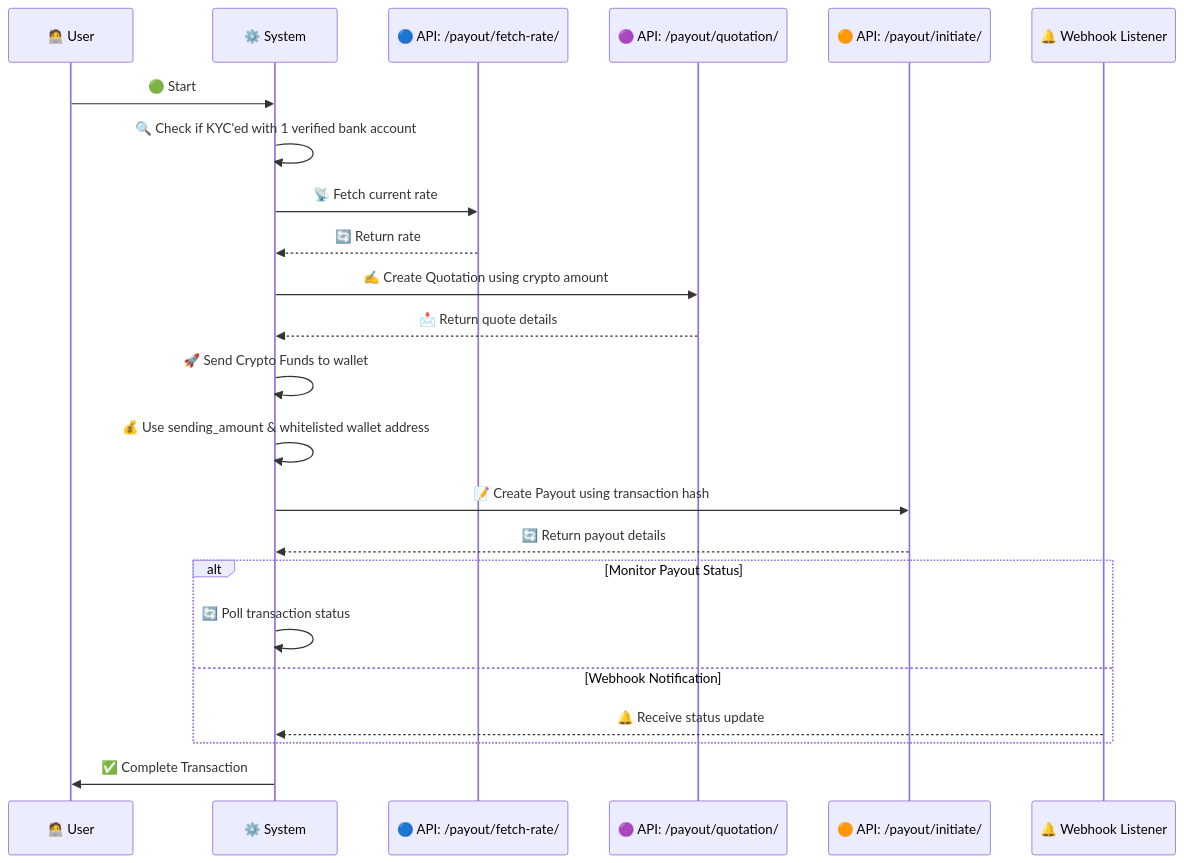
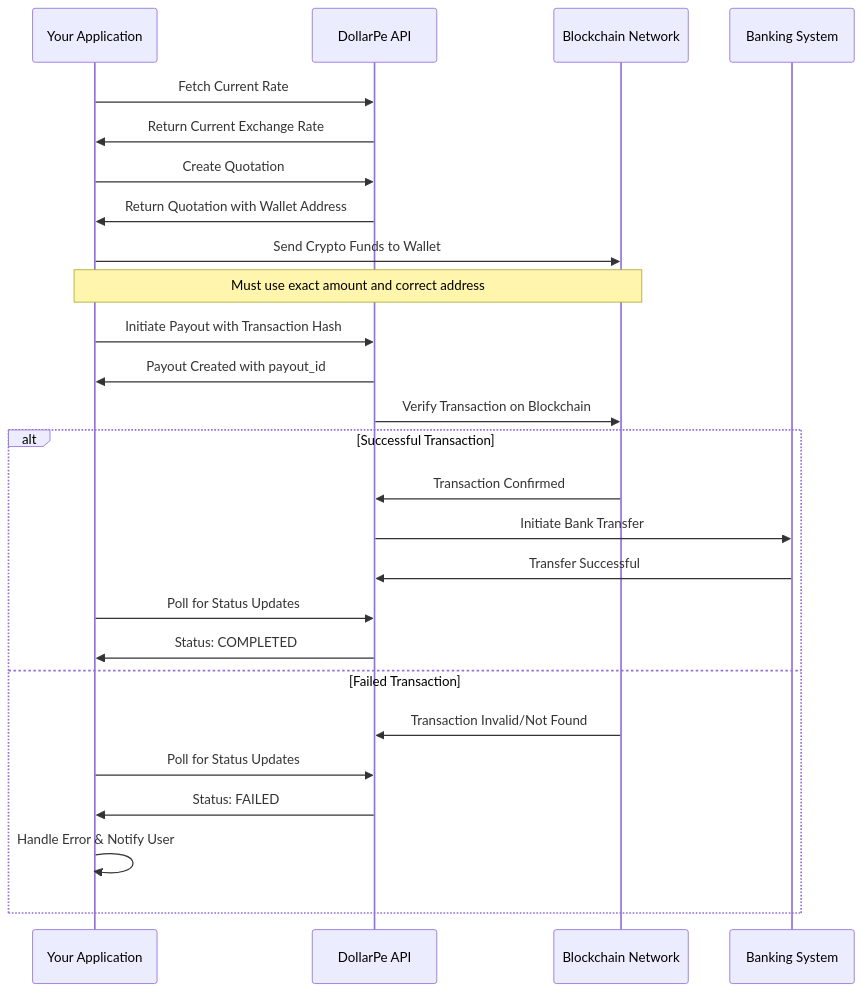
Before and after one commit to DollarPe-Infra/docs: the second of 2 diagrams in guides/payout.mdx, drawn with Mermaid. The commit also changed other lines of this file and 9 other files, not shown here.

````diff
--- a/guides/payout.mdx
+++ b/guides/payout.mdx
@@ -68,33 +89,33 @@
 ```mermaid
 sequenceDiagram
-    %% Participants with Colors
-    participant User as 🧑‍💻 User
-    participant System as ⚙️ System
-    participant FetchRateAPI as 🔵 API: /payout/fetch-rate/
-    participant QuoteAPI as 🟣 API: /payout/quotation/
-    participant PayoutAPI as 🟠 API: /payout/initiate/
-    participant Webhook as 🔔 Webhook Listener
-
-    %% Process Flow with Color Highlights
-    User ->> System: 🟢 Start
-    System ->> System: 🔍 Check if KYC'ed with 1 verified bank account
-    System ->> FetchRateAPI: 📡 Fetch current rate
-    FetchRateAPI -->> System: 🔄 Return rate
-
-    System ->> QuoteAPI: ✍️ Create Quotation using crypto amount
-    QuoteAPI -->> System: 📩 Return quote details
-
-    System ->> System: 🚀 Send Crypto Funds to wallet
-    System ->> System: 💰 Use sending_amount & whitelisted wallet address
-
-    System ->> PayoutAPI: 📝 Create Payout using transaction hash
-    PayoutAPI -->> System: 🔄 Return payout details
-
-    alt Monitor Payout Status
-        System ->> System: 🔄 Poll transaction status
-    else Webhook Notification
-        Webhook -->> System: 🔔 Receive status update
+    participant App as Your Application
+    participant API as DollarPe API
+    participant Blockchain as Blockchain Network
+    participant Bank as Banking System
+    
+    App->>API: Fetch Current Rate
+    API->>App: Return Current Exchange Rate
+    
+    App->>API: Create Quotation
+    API->>App: Return Quotation with Wallet Address
+    
+    App->>Blockchain: Send Crypto Funds to Wallet
+    Note over App,Blockchain: Must use exact amount and correct address
+    
+    App->>API: Initiate Payout with Transaction Hash
+    API->>App: Payout Created with payout_id
+    API->>Blockchain: Verify Transaction on Blockchain
+    
+    alt Successful Transaction
+        Blockchain->>API: Transaction Confirmed
+        API->>Bank: Initiate Bank Transfer
+        Bank->>API: Transfer Successful
+        App->>API: Poll for Status Updates
+        API->>App: Status: COMPLETED
+    else Failed Transaction
+        Blockchain->>API: Transaction Invalid/Not Found
+        App->>API: Poll for Status Updates
+        API->>App: Status: FAILED
+        App->>App: Handle Error & Notify User
     end
-
-    System ->> User: ✅ Complete Transaction
 ```
````
